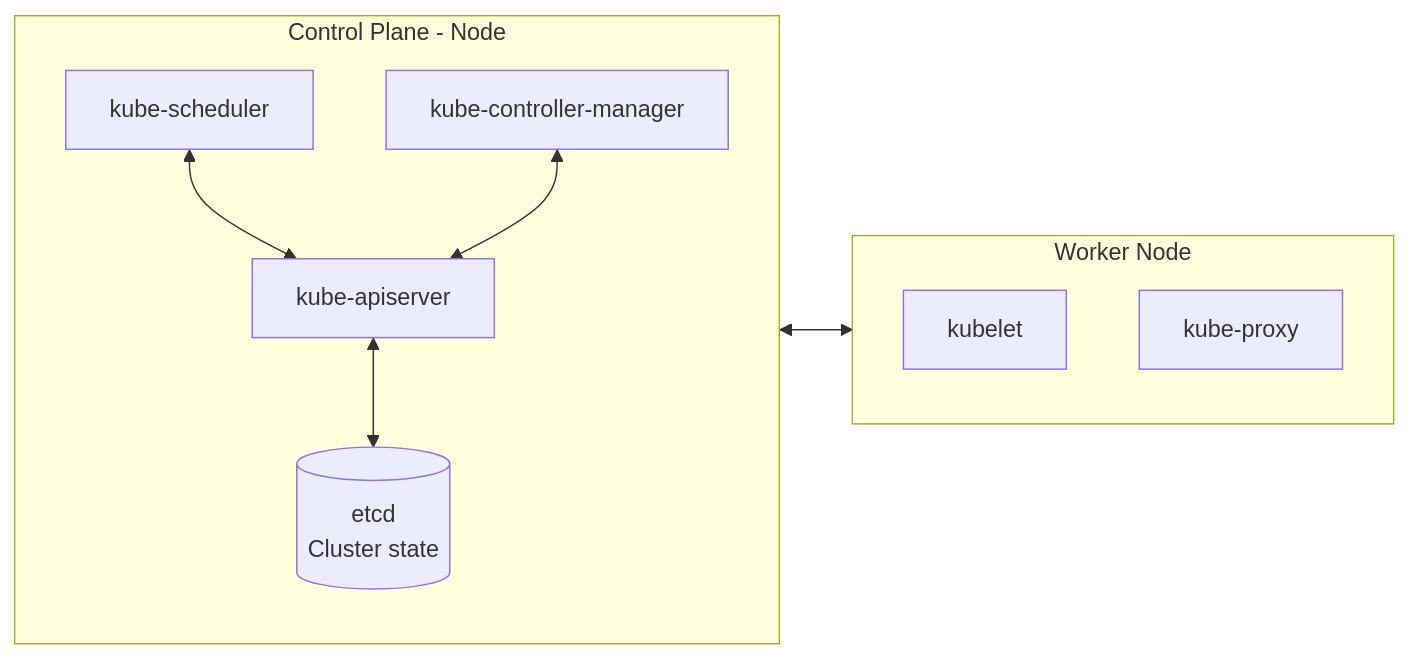
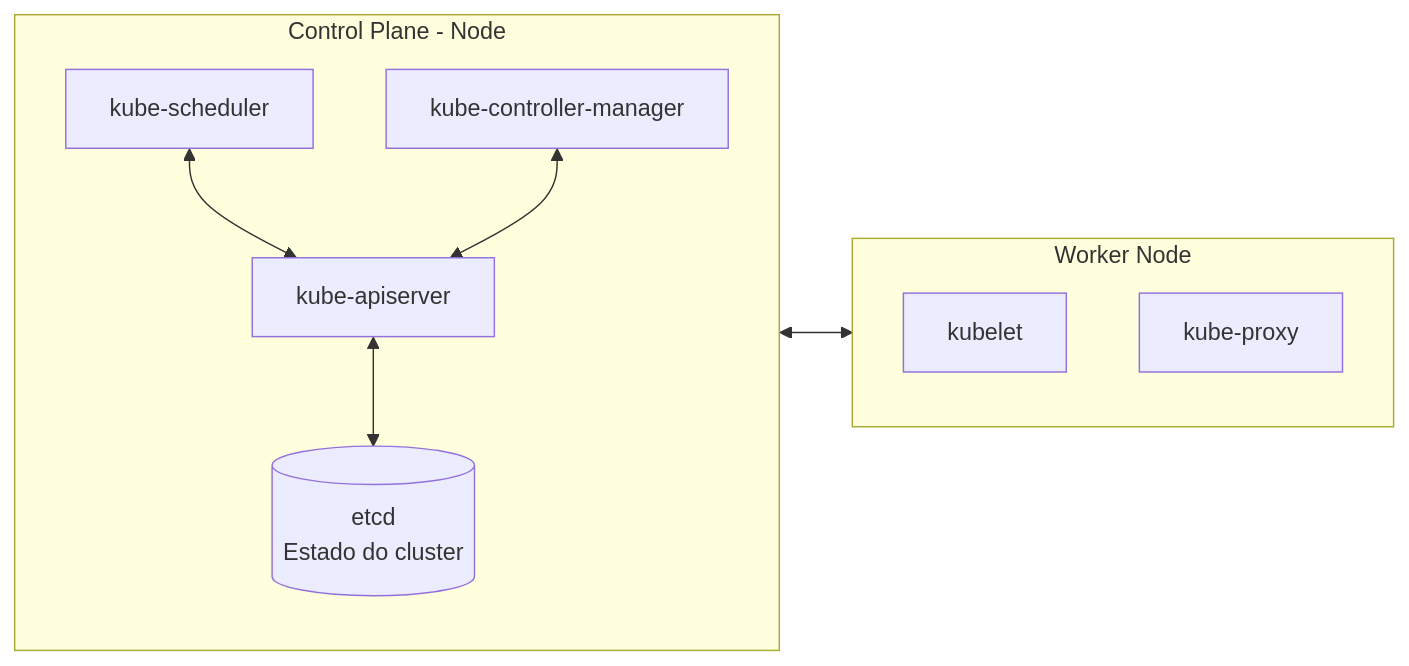
One commit to csarsantos96/commandlinux-blog changed the diagram in src/content/posts/en/Entendendo-Control-Plane.md. Above: the diagram before and after it, drawn with Mermaid. The commit also changed other lines of this file, not shown here.

````diff
--- a/src/content/posts/en/Entendendo-Control-Plane.md
+++ b/src/content/posts/en/Entendendo-Control-Plane.md
@@ -31,25 +33,25 @@
 ```mermaid
 flowchart LR
 
     subgraph CP["Control Plane - Node"]
         direction TB
 
-        ETCD[("etcd<br/>Cluster state")]
+        ETCD[("etcd<br/>Estado do cluster")]
         API["kube-apiserver"]
         SCHED["kube-scheduler"]
         CM["kube-controller-manager"]
 
         API <--> ETCD
         SCHED <--> API
         CM <--> API
     end
 
     subgraph W1["Worker Node"]
         direction TB
 
         KUBELET["kubelet"]
         PROXY["kube-proxy"]
     end
 
     API <--> KUBELET
 ```
````
